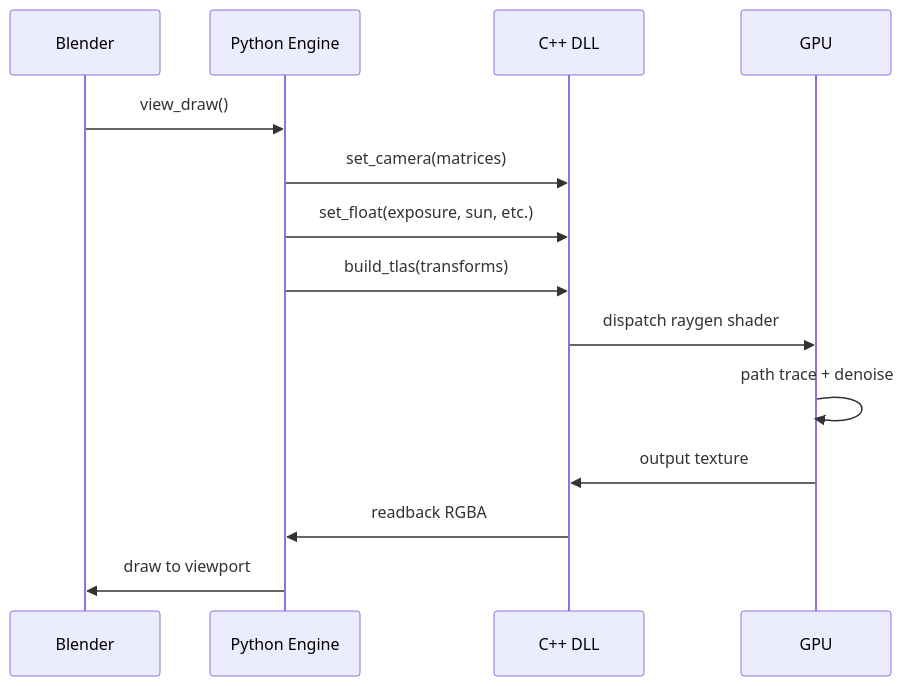
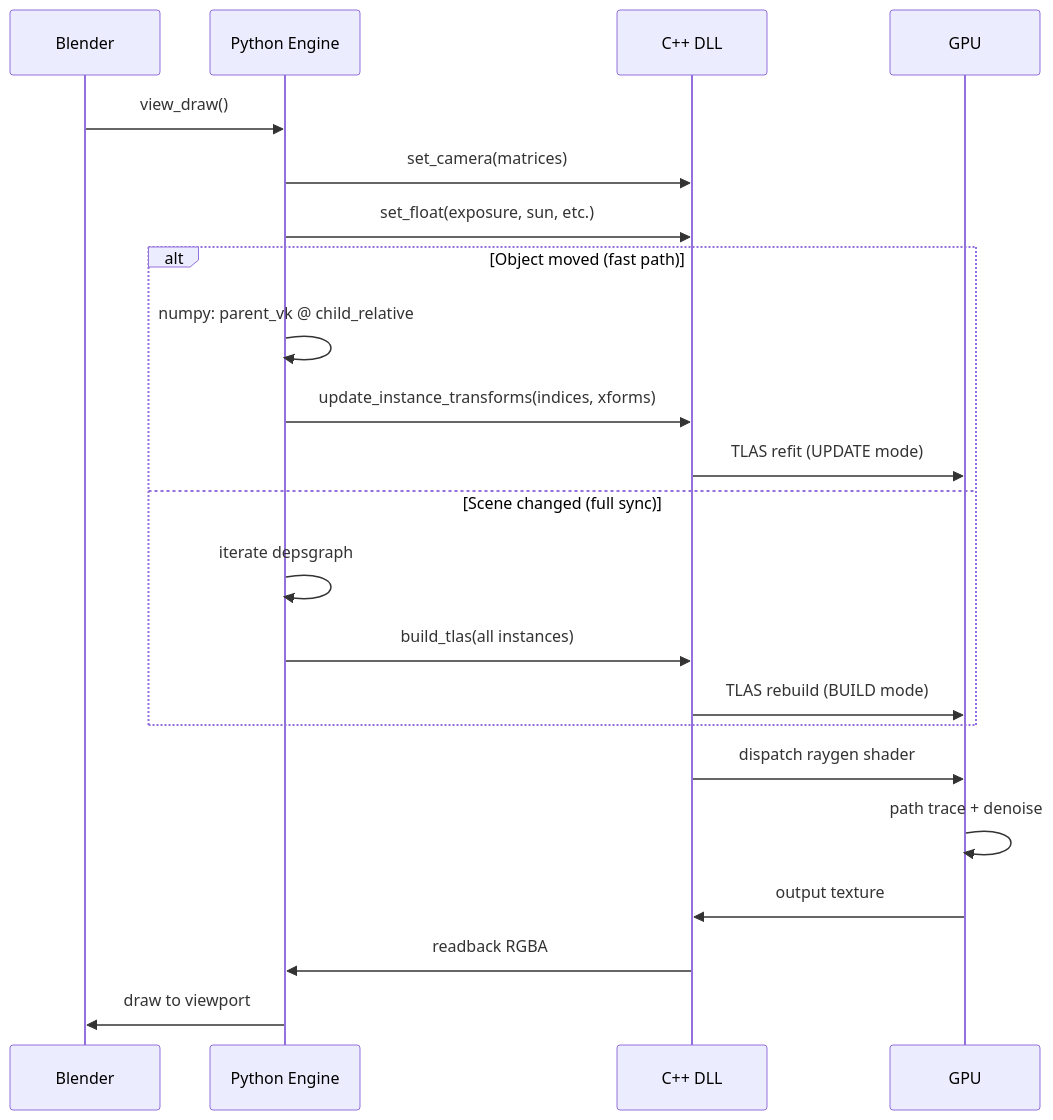
Before and after one commit to kalexis1994/ignis-rt: the third of 3 diagrams in docs/architecture/overview.md, drawn with Mermaid. The commit also changed other lines of this file and 2 other files, not shown here.

First line of the commit message:
Update docs: Sky Texture properties, hierarchy transform sync

````diff
--- a/docs/architecture/overview.md
+++ b/docs/architecture/overview.md
@@ -58,17 +93,25 @@
 ```mermaid
 sequenceDiagram
     participant B as Blender
     participant P as Python Engine
     participant C as C++ DLL
     participant G as GPU
 
     B->>P: view_draw()
     P->>C: set_camera(matrices)
     P->>C: set_float(exposure, sun, etc.)
-    P->>C: build_tlas(transforms)
+    alt Object moved (fast path)
+        P->>P: numpy: parent_vk @ child_relative
+        P->>C: update_instance_transforms(indices, xforms)
+        C->>G: TLAS refit (UPDATE mode)
+    else Scene changed (full sync)
+        P->>P: iterate depsgraph
+        P->>C: build_tlas(all instances)
+        C->>G: TLAS rebuild (BUILD mode)
+    end
     C->>G: dispatch raygen shader
     G->>G: path trace + denoise
     G->>C: output texture
     C->>P: readback RGBA
     P->>B: draw to viewport
 ```
````
